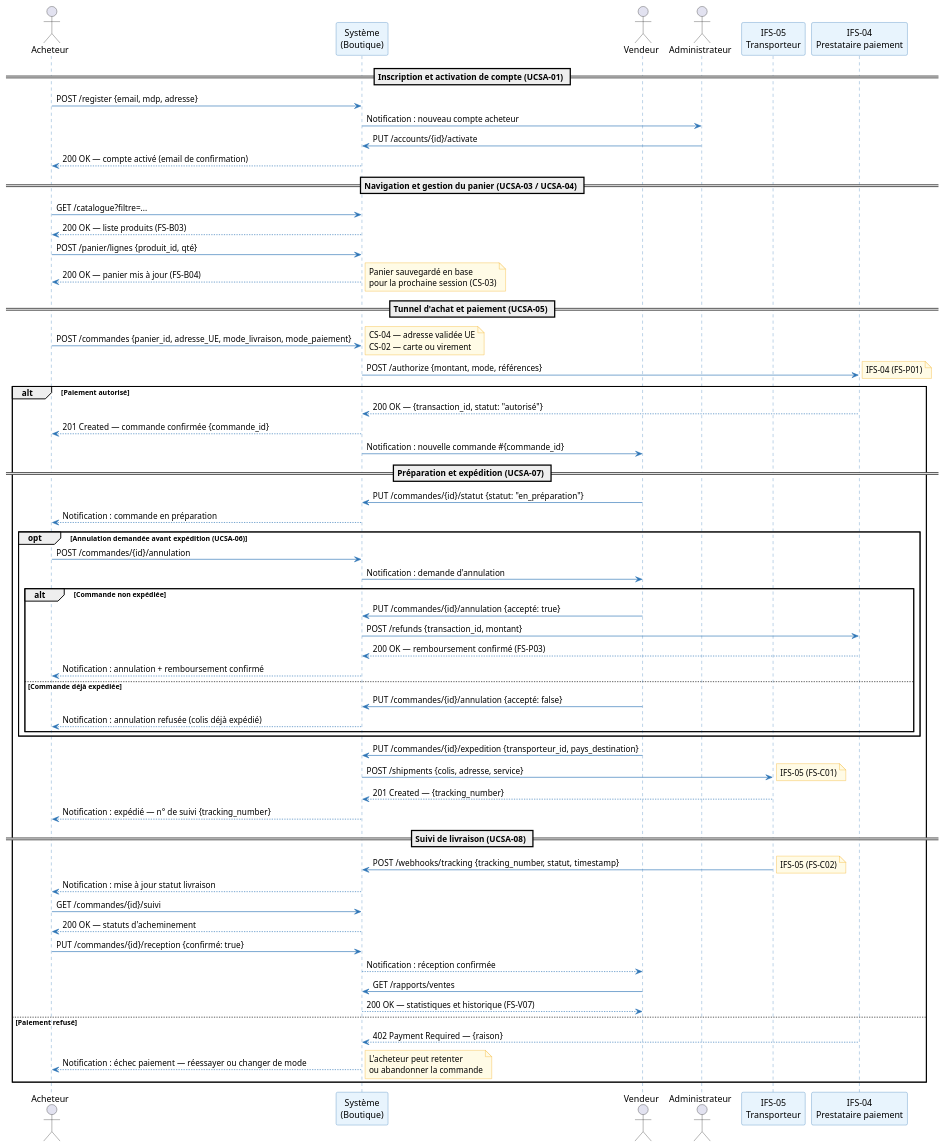
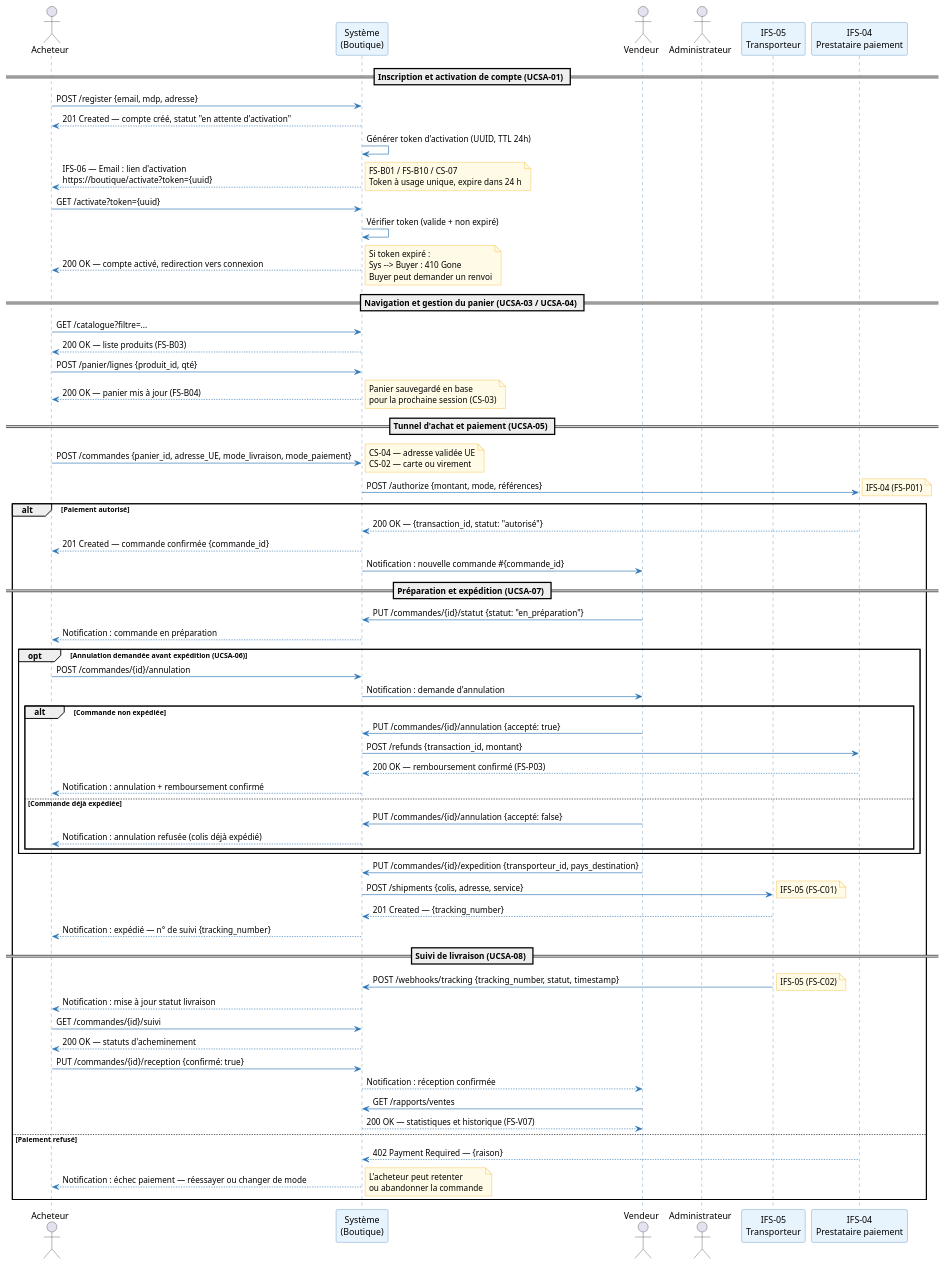
One commit to louistalvande/online_shop changed the third of 5 diagrams in 2_system_analysis.adoc. Above: the diagram before and after it, drawn with PlantUML. The commit also changed other lines of this file, not shown here.

Commit message:
Add email activation requirement for buyer accounts

```diff
--- a/2_system_analysis.adoc
+++ b/2_system_analysis.adoc
@@ -451,9 +513,15 @@
 
 == Inscription et activation de compte (UCSA-01) ==
 Buyer -> Sys : POST /register {email, mdp, adresse}
-Sys -> Admin : Notification : nouveau compte acheteur
-Admin -> Sys : PUT /accounts/{id}/activate
-Sys --> Buyer : 200 OK — compte activé (email de confirmation)
+Sys --> Buyer : 201 Created — compte créé, statut "en attente d'activation"
+Sys -> Sys : Générer token d'activation (UUID, TTL 24h)
+Sys --> Buyer : IFS-06 — Email : lien d'activation\nhttps://boutique/activate?token={uuid}
+note right : FS-B01 / FS-B10 / CS-07\nToken à usage unique, expire dans 24 h
+
+Buyer -> Sys : GET /activate?token={uuid}
+Sys -> Sys : Vérifier token (valide + non expiré)
+Sys --> Buyer : 200 OK — compte activé, redirection vers connexion
+note right : Si token expiré :\nSys --> Buyer : 410 Gone\nBuyer peut demander un renvoi
 
 == Navigation et gestion du panier (UCSA-03 / UCSA-04) ==
 Buyer -> Sys : GET /catalogue?filtre=...
```
